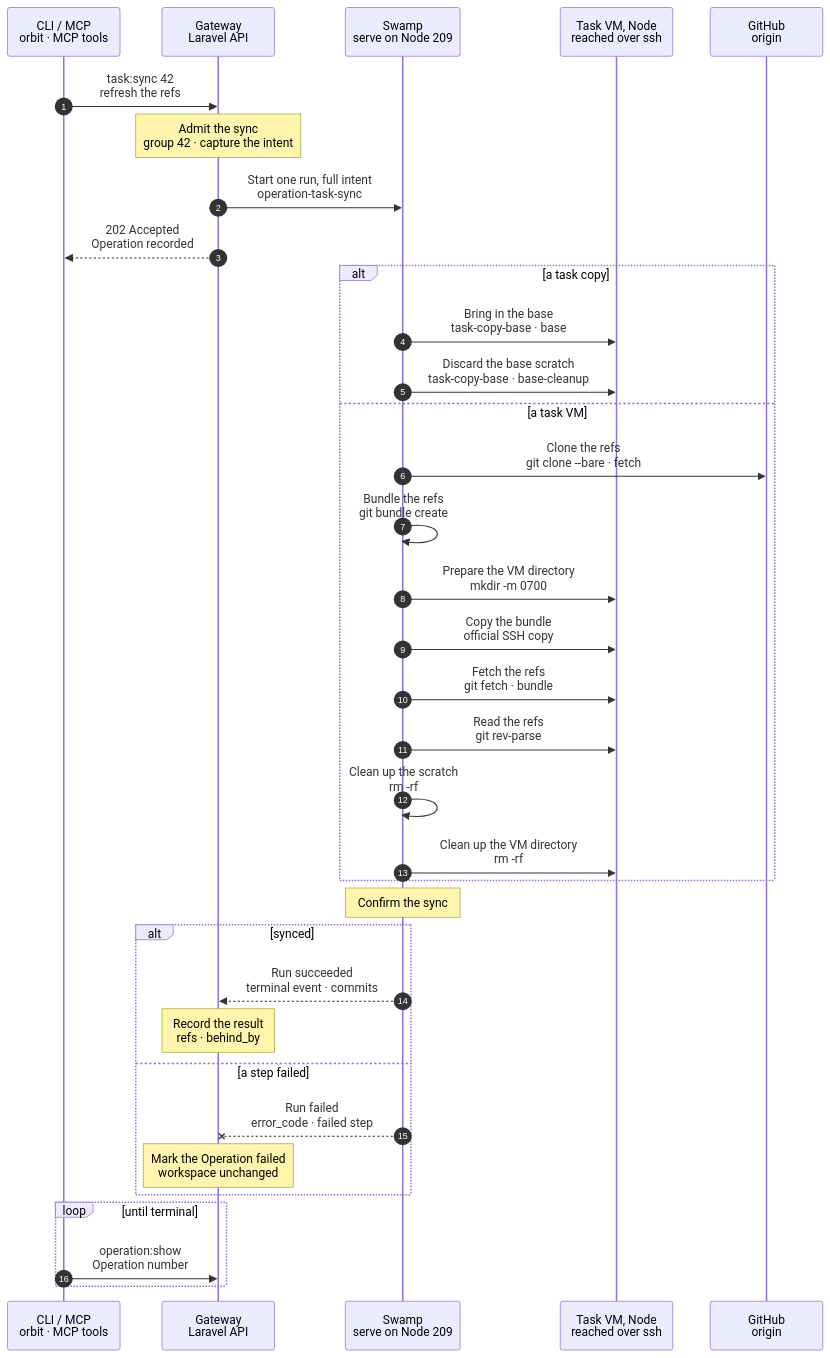
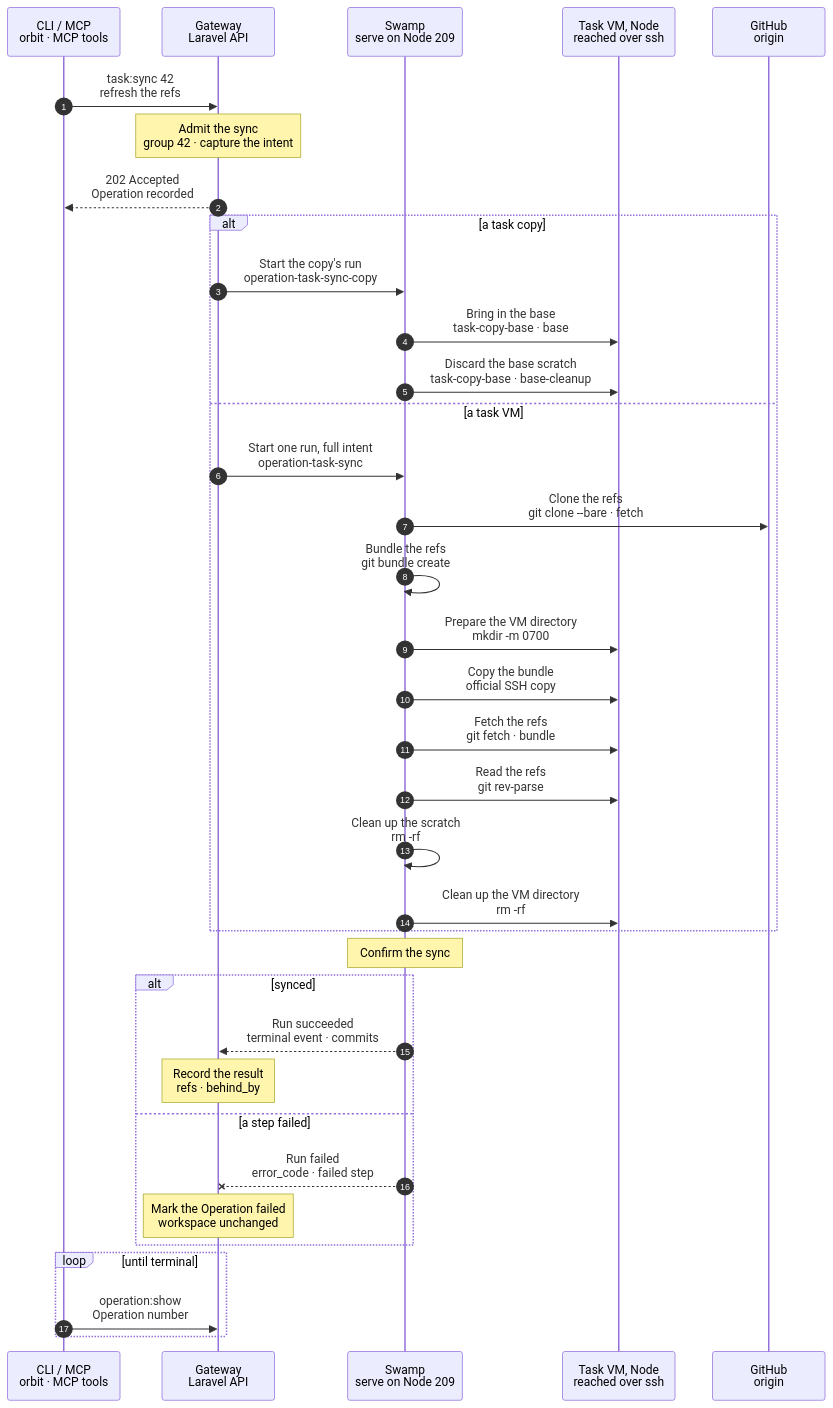
Before and after one commit to hardimpactdev/orbit: the diagram in docs/cli/task/sync.mmd, drawn with Mermaid.

Commit message:
docs(tasks): the sync chart starts one of two workflows, by the intent
Charts first for the live defect of Operation 22250: Swamp resolves
every step input at run start, also of a step a guard skips, so the
combined sync workflow could not start for a copy. The Gateway starts
operation-task-sync-copy for an intent with copy and
operation-task-sync for a task VM; the step labels stay.

```diff
--- a/docs/cli/task/sync.mmd
+++ b/docs/cli/task/sync.mmd
@@ -1,116 +1,121 @@
 sequenceDiagram
   %% Target design: stage 2 and stage 4 of the command development pipeline (docs/reference/pipeline/2-development-environment.mmd, 4-pr-and-ci.mmd). A task VM holds no GitHub credential, so the workspace cannot fetch. The author needs the branch of the pull request and main when either moved on origin (a merge of main into the branch, a correction pushed by the owner), to merge or rebase before the push. Decided by the orchestrator, for Nick's review.
-  %% Task copy (2026-11-14): the same kind brings the Project's default branch into a task copy through the copy's Node mirror and one incremental bundle; no credential enters the copy and the branch is never merged or rebased. The run selects the copy path by the intent key `copy`; the task VM steps read only the keys they read before, so a run that an older Gateway admitted keeps its task VM path. Task VMs get no new work. docs/reference/tasks.md#bring-main-into-a-copy.
+  %% Task copy (2026-11-14): the same kind brings the Project's default branch into a task copy through the copy's Node mirror and one incremental bundle; no credential enters the copy and the branch is never merged or rebased. The Gateway starts one of two workflows: `operation-task-sync-copy` for an intent with `copy`, `operation-task-sync` for a task VM. Swamp resolves every step input of a run when it starts, also of a step a guard will skip, so each workflow reads only the keys its own intent has (live: Operation 22250 never started). Task VMs get no new work. docs/reference/tasks.md#bring-main-into-a-copy.
   %% status: draft
   %% command: task:sync
   %% kind: tasks.sync
   autonumber
   %% lane CLI icon=terminal pill=caller tone=gray
   %% lane GW icon=gateway pill=intent tone=blue
   %% lane SW icon=workflow pill=executes tone=green
   %% lane N icon=server pill=target tone=amber
   %% lane GH icon=server pill=target tone=purple
   participant CLI as CLI / MCP<br/>orbit · MCP tools
   participant GW as Gateway<br/>Laravel API
   participant SW as Swamp<br/>serve on Node 209
   participant N as Task VM, Node<br/>reached over ssh
   participant GH as GitHub<br/>origin
   CLI->>GW: task:sync 42<br/>refresh the refs
   %%> Command:
   %%> - the MCP tool `task-sync`, or `POST /api/v1/tasks/42/sync` with an `Idempotency-Key` and no body
   Note over GW: Admit the sync<br/>group 42 · capture the intent
   %%> Requirements:
   %%> - your Node has an access grant to the Gateway
   %%> - group 42 is open and external, with its own task VM workspace and a pushed branch `task-42`, or with its own task copy
   %%> - a task VM runs; a parked VM is woken by the admission, which answers `tasks.vm_resuming`
   %%> - a task copy's container runs, else `tasks.instance_not_running`, and no copy turn of the group is unended, else `tasks.copy_turn_unended`
   %%> - no other task runs on group 42, so no check or publish; the Gateway holds one lock per group
   %%> What it does:
   %%> - captures the repository, the default branch, the branch `task-42`, the workspace path and the SSH target of the VM
   %%> - for a task copy, adds `copy`: its Node's SSH target, its container, its start commit and its Node mirror
   %%> - names the vault key of the read credential
   %%> Decided by the orchestrator, for Nick's review:
   %%> - no Swamp step calls the Gateway: the Gateway mints the read token (`contents: read`, valid one hour) as it starts the run and writes it to that vault key, as it does for the Pi token of a turn; the run gets only the key name
   %%> - each run mints its own credential; a later run never reuses it
-  GW->>SW: Start one run, full intent<br/>operation-task-sync
-  %%> Inputs:
-  %%> - the whole intent above and the vault key name of the read credential, never the credential
-  %%> - no step of the run calls the Gateway
   GW-->>CLI: 202 Accepted<br/>Operation recorded
   %%> Next:
   %%> - the CLI follows the Operation with `operation:show`
   alt a task copy
+    GW->>SW: Start the copy's run<br/>operation-task-sync-copy
+    %%> Why its own workflow:
+    %%> - Swamp resolves every step's inputs when the run starts, also of a step that a guard skips; the task VM steps read `checkout_path`, which a copy intent has not, so one shared workflow could not start for a copy
+    %%> Inputs:
+    %%> - the copy intent and the vault key name of the read token, never the token; every expression of the workflow reads only its keys
     SW->>N: Bring in the base<br/>task-copy-base · base
     %%> Why its own child:
     %%> - only this path calls `task-copy-base`; the shared workspace child of turns, checks and publishes takes no secret and no base input
     %%> On the Node:
     %%> - first removes what an earlier, cancelled sync of the copy left in the copy's Node scratch and bundle folder, which the copy's Instance names
     %%> - fetches `+refs/heads/<default>` from the Project's repository into the copy's own mirror, `/var/lib/orbit/instance-repositories/<instance>.git`; a missing mirror is made from the default's mirror, which only then is needed
     %%> - the read token is the sync's Git header: it reaches that one `git fetch` only as its environment, through the stdin of a pipelined task; never argv, a file or a stored output, so a killed run leaves none behind
     %%> - bundles the default branch without the commits the copy already holds (`^origin/<default>`, `^task-42`, where the mirror holds them); when the copy holds the head already, no bundle is made
     %%> In the container:
     %%> - root makes the bundle folder fresh and owns it and the bundle; `agent` can read it and cannot replace it
     %%> - as `agent`, `git fetch` of the bundle into `refs/remotes/origin/<default>` only
     %%> - reads the default head, the branch commit, `git rev-list --count task-42..origin/<default>` and the copy's start
     %%> Result:
     %%> - HEAD, the working tree, the index and the local branches are not touched; nothing is merged or rebased
     %%> Source:
     %%> - the Project's repository, for every Project; a Project whose repository receives main only at a release sees the last released main
     SW->>N: Discard the base scratch<br/>task-copy-base · base-cleanup
     %%> Clean-up rule:
     %%> - the bundles on the Node and in the copy go when the base ends, here after the run, at the next sync of the copy, or at the copy's destroy, whichever comes first; no credential is ever written, so none is left to remove
     %%> Test:
     %%> - a failed fetch, a cancel during the fetch and a cancel after the push leave no credential anywhere and no bundle in the copy once this step or the next base ran
   else a task VM
+    GW->>SW: Start one run, full intent<br/>operation-task-sync
+    %%> Inputs:
+    %%> - the whole intent above and the vault key name of the read credential, never the credential
+    %%> - no step of the run calls the Gateway
     SW->>GH: Clone the refs<br/>git clone --bare · fetch
     %%> What it does:
     %%> - on Node 209, in a scratch directory of the run: a bare clone of the default branch and a fetch of `task-42`, with the token, read from its vault key, as an extra header of the commands and nowhere else
     SW->>SW: Bundle the refs<br/>git bundle create
     %%> What it does:
     %%> - one bundle of the default branch and `task-42`
     %%> - the clone and the bundle run as the behaviors `task-sync-clone-42` and `task-sync-bundle-42`, up to 180 s and 60 s, so a sync of another group never waits for their lock
     SW->>N: Prepare the VM directory<br/>mkdir -m 0700
     %%> What it does:
     %%> - a private directory of the run on the VM
     SW->>N: Copy the bundle<br/>official SSH copy
     %%> What it does:
     %%> - copies the bundle into that directory; no token and no script reaches the VM
     SW->>N: Fetch the refs<br/>git fetch · bundle
     %%> What it does:
     %%> - `git fetch` of the bundle into `refs/remotes/origin/<default branch>` and `refs/remotes/origin/task-42` of the workspace
     %%> Result:
     %%> - HEAD, the working tree and the local branches are not touched; the author merges or rebases itself, as the review of the stage asks
     SW->>N: Read the refs<br/>git rev-parse
     %%> What it does:
     %%> - reads the two commits the fetch stored
     SW->>SW: Clean up the scratch<br/>rm -rf
     %%> When:
     %%> - always, on success and failure: the scratch directory of the run on Node 209
     SW->>N: Clean up the VM directory<br/>rm -rf
     %%> When:
     %%> - always, after the scratch: the run's directory on the VM
   end
   Note over SW: Confirm the sync
   %%> What it does:
-  %%> - native assert: for a task VM, the read and both clean ups succeeded; for a task copy, the base and its discard succeeded
+  %%> - native assert, the last step of either workflow: for a task VM, the read and both clean ups succeeded; for a task copy, the base and its discard succeeded
   alt synced
     SW-->>GW: Run succeeded<br/>terminal event · commits
     %%> How the Gateway learns it:
     %%> - its shared run reader sees the terminal event; Swamp never calls the Gateway
     Note over GW: Record the result<br/>refs · behind_by
     %%> Result:
     %%> - a task VM: the commit of the default branch and the commit of `task-42`
     %%> - a task copy: `default_branch`, `default_commit`, `branch`, `branch_commit`, `behind_by` and `start`
   else a step failed
     SW--xGW: Run failed<br/>error_code · failed step
     %%> The Gateway reads:
     %%> - which step failed; a branch that does not exist on origin fails the clone step
     Note over GW: Mark the Operation failed<br/>workspace unchanged
     %%> Retry:
     %%> - run it again: a new run mints a new read token, and a fetch that already happened makes the next bundle smaller
   end
   loop until terminal
     CLI->>GW: operation:show<br/>Operation number
     %%> Returns:
     %%> - the Operation status, and the commits and `behind_by` when the run succeeded
   end
```
